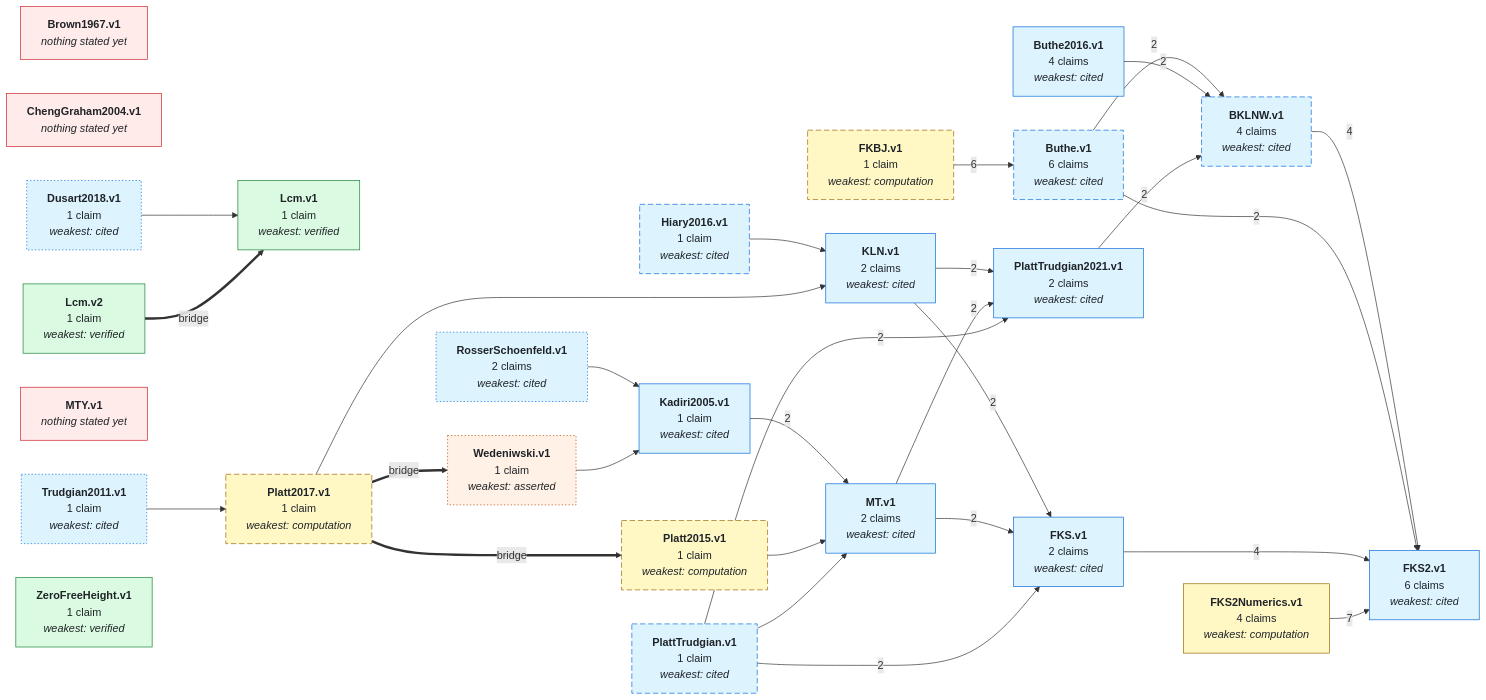
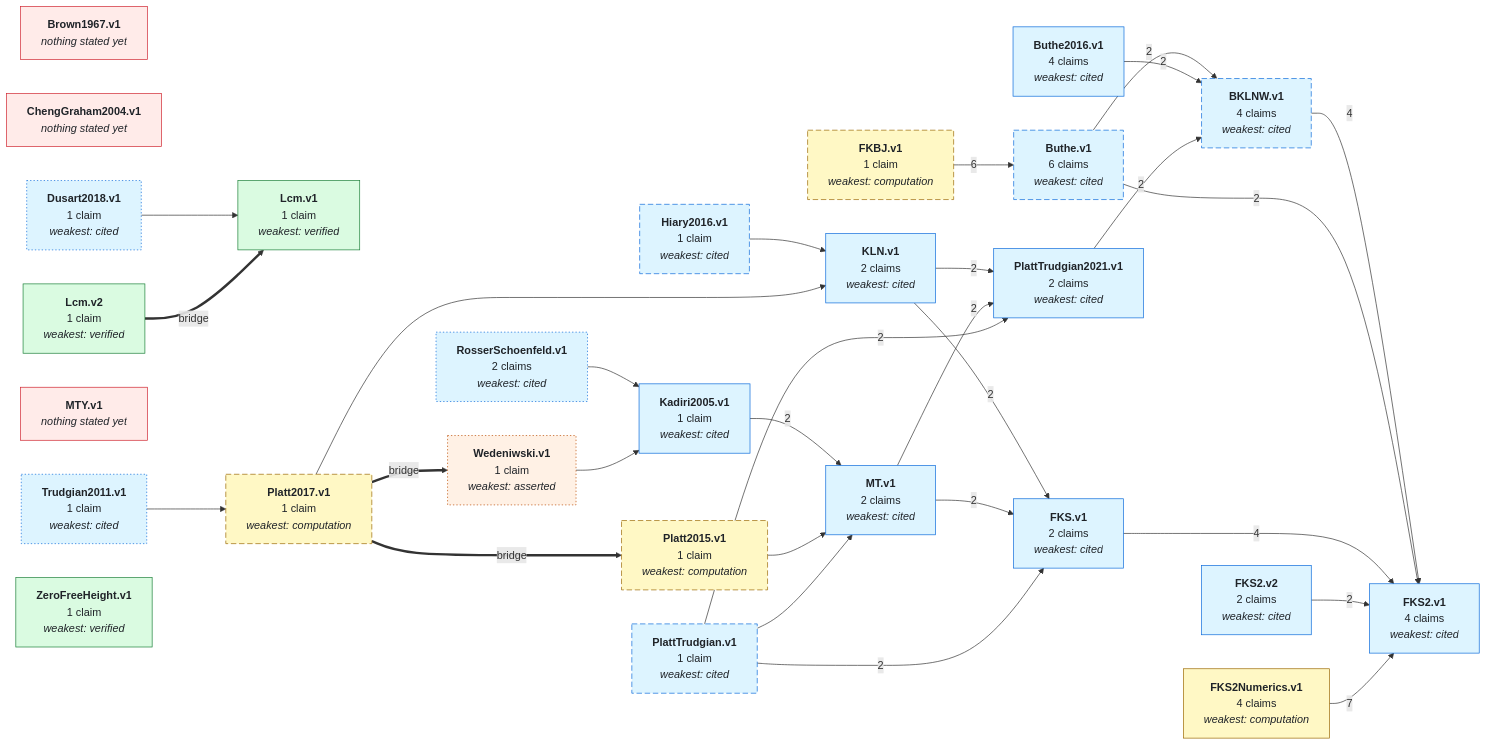
One commit to teorth/IEANTN changed the first of 2 diagrams in GRAPH.md. Above: the diagram before and after it, drawn with Mermaid. The commit also changed other lines of this file and 33 other files, not shown here.

```diff
--- a/GRAPH.md
+++ b/GRAPH.md
@@ -50,7 +50,8 @@
   NDusart2018_v1["<b>Dusart2018.v1</b><br/>1 claim<br/><i>weakest: cited</i>"]
   NFKBJ_v1["<b>FKBJ.v1</b><br/>1 claim<br/><i>weakest: computation</i>"]
   NFKS_v1["<b>FKS.v1</b><br/>2 claims<br/><i>weakest: cited</i>"]
-  NFKS2_v1["<b>FKS2.v1</b><br/>6 claims<br/><i>weakest: cited</i>"]
+  NFKS2_v1["<b>FKS2.v1</b><br/>4 claims<br/><i>weakest: cited</i>"]
+  NFKS2_v2["<b>FKS2.v2</b><br/>2 claims<br/><i>weakest: cited</i>"]
   NFKS2Numerics_v1["<b>FKS2Numerics.v1</b><br/>4 claims<br/><i>weakest: computation</i>"]
   NHiary2016_v1["<b>Hiary2016.v1</b><br/>1 claim<br/><i>weakest: cited</i>"]
   NKLN_v1["<b>KLN.v1</b><br/>2 claims<br/><i>weakest: cited</i>"]
@@ -74,6 +75,7 @@
   NDusart2018_v1 --> NLcm_v1
   NFKBJ_v1 -->|6| NButhe_v1
   NFKS_v1 -->|4| NFKS2_v1
+  NFKS2_v2 -->|2| NFKS2_v1
   NFKS2Numerics_v1 -->|7| NFKS2_v1
   NHiary2016_v1 --> NKLN_v1
   NKLN_v1 -->|2| NFKS_v1
@@ -106,7 +108,7 @@
   style NWedeniwski_v1 stroke-dasharray: 2 3;
   class NBrown1967_v1,NChengGraham2004_v1,NMTY_v1 none_yet;
   class NWedeniwski_v1 asserted;
-  class NBKLNW_v1,NButhe_v1,NButhe2016_v1,NDusart2018_v1,NFKS_v1,NFKS2_v1,NHiary2016_v1,NKLN_v1,NKadiri2005_v1,NMT_v1,NPlattTrudgian_v1,NPlattTrudgian2021_v1,NRosserSchoenfeld_v1,NTrudgian2011_v1 literature;
+  class NBKLNW_v1,NButhe_v1,NButhe2016_v1,NDusart2018_v1,NFKS_v1,NFKS2_v1,NFKS2_v2,NHiary2016_v1,NKLN_v1,NKadiri2005_v1,NMT_v1,NPlattTrudgian_v1,NPlattTrudgian2021_v1,NRosserSchoenfeld_v1,NTrudgian2011_v1 literature;
   class NFKBJ_v1,NFKS2Numerics_v1,NPlatt2015_v1,NPlatt2017_v1 numerical;
   class NLcm_v1,NLcm_v2,NZeroFreeHeight_v1 lean_comparator;
   click NBKLNW_v1 href "https://github.com/teorth/IEANTN/blob/main/docs/nodes/BKLNW-v1.md" _blank
@@ -116,6 +118,7 @@
   click NFKBJ_v1 href "https://github.com/teorth/IEANTN/blob/main/docs/nodes/FKBJ-v1.md" _blank
   click NFKS_v1 href "https://github.com/teorth/IEANTN/blob/main/docs/nodes/FKS-v1.md" _blank
   click NFKS2_v1 href "https://github.com/teorth/IEANTN/blob/main/docs/nodes/FKS2-v1.md" _blank
+  click NFKS2_v2 href "https://github.com/teorth/IEANTN/blob/main/docs/nodes/FKS2-v2.md" _blank
   click NFKS2Numerics_v1 href "https://github.com/teorth/IEANTN/blob/main/docs/nodes/FKS2Numerics-v1.md" _blank
   click NHiary2016_v1 href "https://github.com/teorth/IEANTN/blob/main/docs/nodes/Hiary2016-v1.md" _blank
   click NKLN_v1 href "https://github.com/teorth/IEANTN/blob/main/docs/nodes/KLN-v1.md" _blank
```
